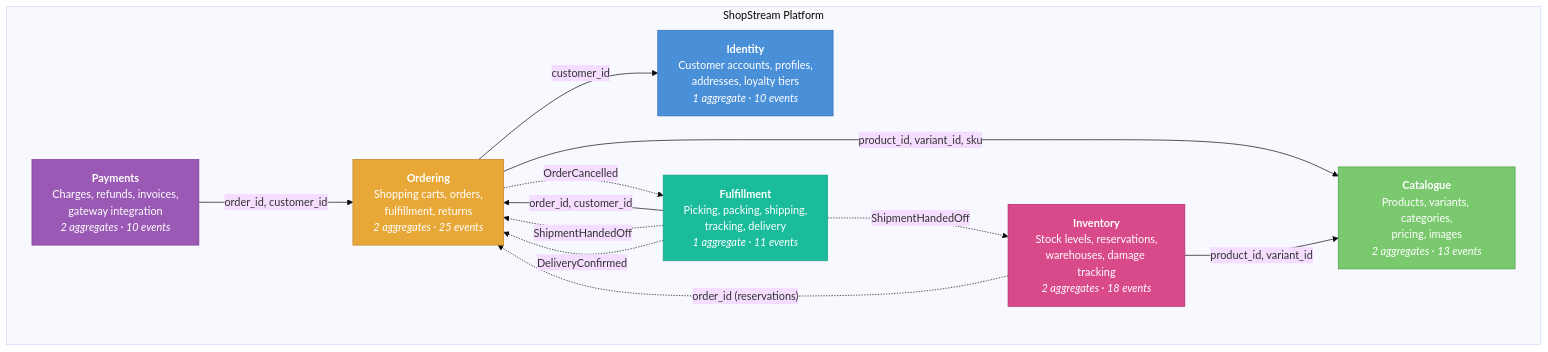
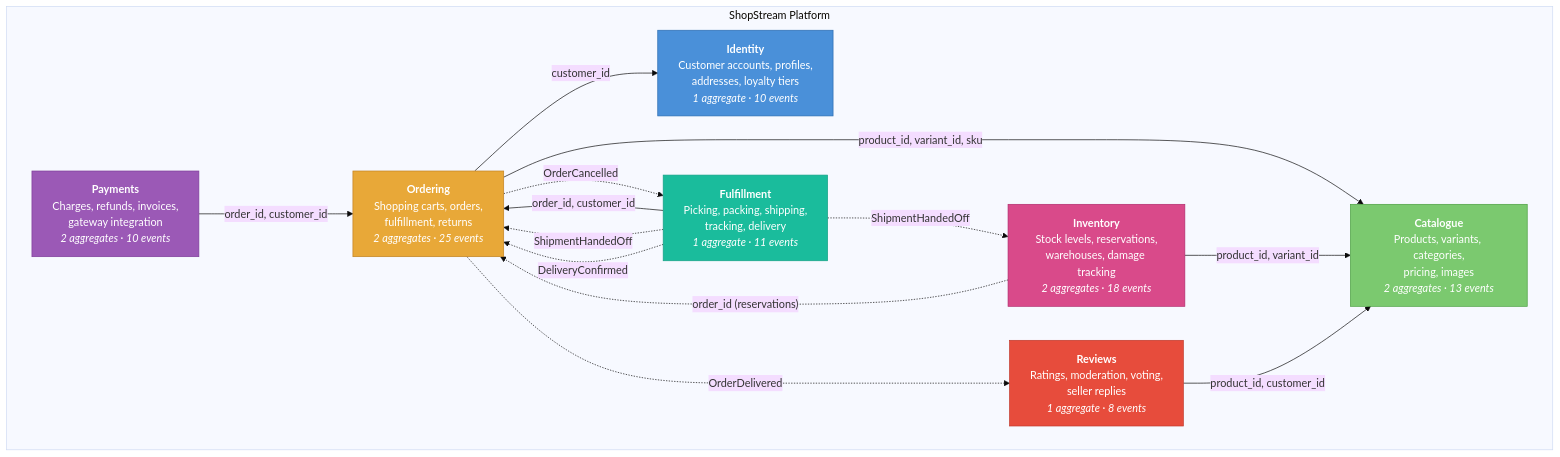
Before and after one commit to proteanhq/shopstream: the diagram in docs/context-map.md, drawn with Mermaid (base theme). The commit also changed other lines of this file and 71 other files, not shown here.

First line of the commit message:
Add Reviews & Ratings bounded context with full domain documentation

````diff
--- a/docs/context-map.md
+++ b/docs/context-map.md
@@ -31,29 +34,33 @@
 ```mermaid
 graph TB
     subgraph ShopStream["ShopStream Platform"]
         identity["<b>Identity</b><br/>Customer accounts, profiles,<br/>addresses, loyalty tiers<br/><i>1 aggregate &middot; 10 events</i>"]
         catalogue["<b>Catalogue</b><br/>Products, variants, categories,<br/>pricing, images<br/><i>2 aggregates &middot; 13 events</i>"]
         ordering["<b>Ordering</b><br/>Shopping carts, orders,<br/>fulfillment, returns<br/><i>2 aggregates &middot; 25 events</i>"]
         inventory["<b>Inventory</b><br/>Stock levels, reservations,<br/>warehouses, damage tracking<br/><i>2 aggregates &middot; 18 events</i>"]
         payments["<b>Payments</b><br/>Charges, refunds, invoices,<br/>gateway integration<br/><i>2 aggregates &middot; 10 events</i>"]
         fulfillment_ctx["<b>Fulfillment</b><br/>Picking, packing, shipping,<br/>tracking, delivery<br/><i>1 aggregate &middot; 11 events</i>"]
+        reviews_ctx["<b>Reviews</b><br/>Ratings, moderation, voting,<br/>seller replies<br/><i>1 aggregate &middot; 8 events</i>"]
     end
 
     ordering -- "customer_id" --> identity
     ordering -- "product_id, variant_id, sku" --> catalogue
     inventory -- "product_id, variant_id" --> catalogue
     inventory -. "order_id (reservations)" .-> ordering
     payments -- "order_id, customer_id" --> ordering
     fulfillment_ctx -- "order_id, customer_id" --> ordering
     fulfillment_ctx -. "ShipmentHandedOff" .-> ordering
     fulfillment_ctx -. "DeliveryConfirmed" .-> ordering
     fulfillment_ctx -. "ShipmentHandedOff" .-> inventory
     ordering -. "OrderCancelled" .-> fulfillment_ctx
+    reviews_ctx -- "product_id, customer_id" --> catalogue
+    ordering -. "OrderDelivered" .-> reviews_ctx
 
     style identity fill:#4a90d9,color:#fff,stroke:#2a6cb0
     style catalogue fill:#7bc96f,color:#fff,stroke:#4a9e3f
     style ordering fill:#e8a838,color:#fff,stroke:#c08020
     style inventory fill:#d94a8a,color:#fff,stroke:#b02a6c
     style payments fill:#9b59b6,color:#fff,stroke:#7d3c98
     style fulfillment_ctx fill:#1abc9c,color:#fff,stroke:#16a085
+    style reviews_ctx fill:#e74c3c,color:#fff,stroke:#c0392b
 ```
````
